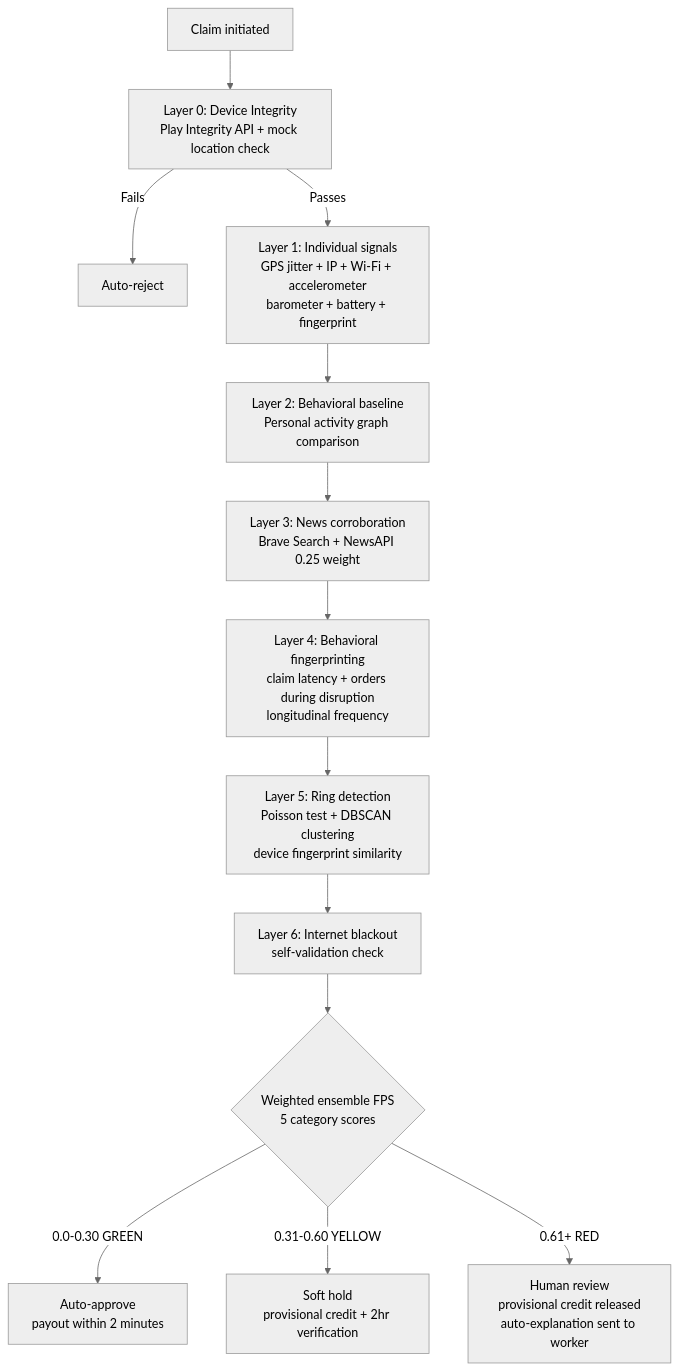
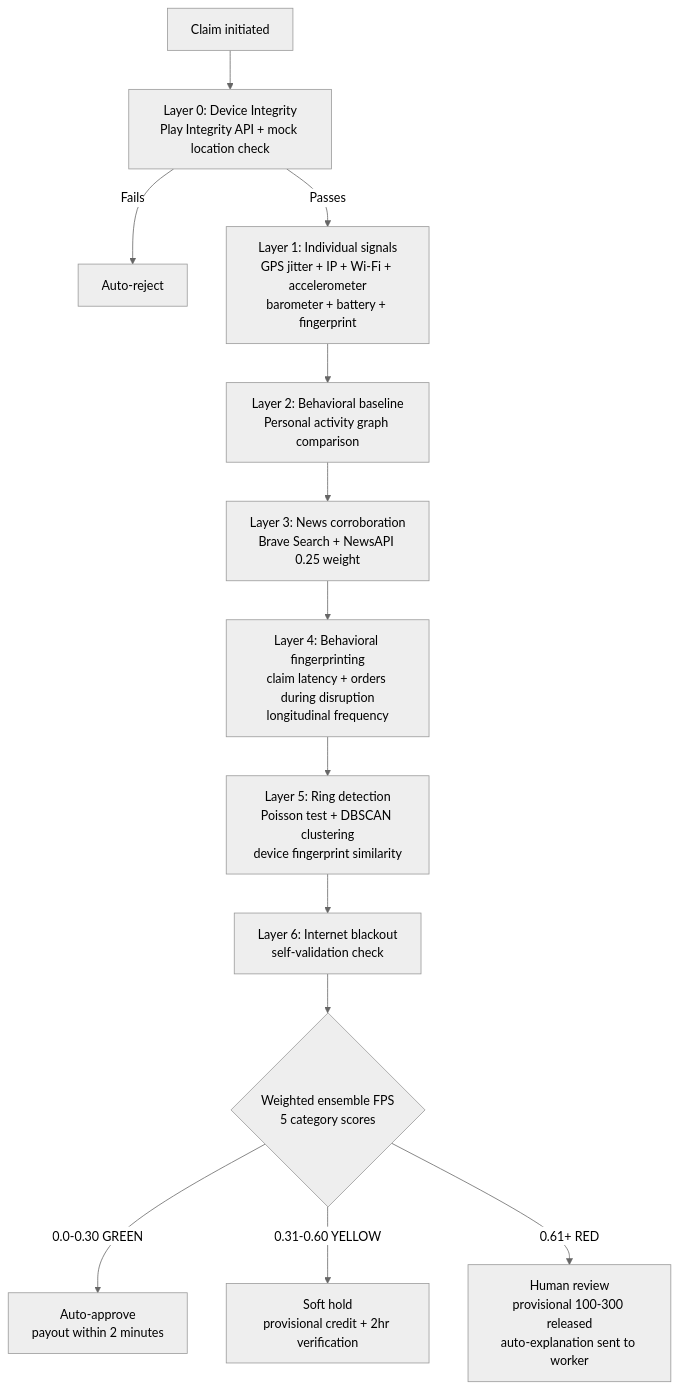
Before and after one commit to Dhruvv-16/Hustlr: the fourth of 4 diagrams in README.md, drawn with Mermaid (neutral theme). The commit also changed other lines of this file, not shown here.

````diff
--- a/README.md
+++ b/README.md
@@ -664,15 +1047,15 @@
 ```mermaid
 flowchart TD
     F1[Claim initiated] --> F2[Layer 0: Device Integrity\nPlay Integrity API + mock location check]
     F2 -- Fails --> F3[Auto-reject]
     F2 -- Passes --> F4[Layer 1: Individual signals\nGPS jitter + IP + Wi-Fi + accelerometer\nbarometer + battery + fingerprint]
     F4 --> F5[Layer 2: Behavioral baseline\nPersonal activity graph comparison]
     F5 --> F6[Layer 3: News corroboration\nBrave Search + NewsAPI 0.25 weight]
     F6 --> F7[Layer 4: Behavioral fingerprinting\nclaim latency + orders during disruption\nlongitudinal frequency]
     F7 --> F8[Layer 5: Ring detection\nPoisson test + DBSCAN clustering\ndevice fingerprint similarity]
     F8 --> F9[Layer 6: Internet blackout\nself-validation check]
     F9 --> F10{Weighted ensemble FPS\n5 category scores}
     F10 -->|0.0-0.30 GREEN| F11[Auto-approve\npayout within 2 minutes]
     F10 -->|0.31-0.60 YELLOW| F12[Soft hold\nprovisional credit + 2hr verification]
-    F10 -->|0.61+ RED| F13[Human review\nprovisional credit released\nauto-explanation sent to worker]
+    F10 -->|0.61+ RED| F13[Human review\nprovisional 100-300 released\nauto-explanation sent to worker]
 ```
````
